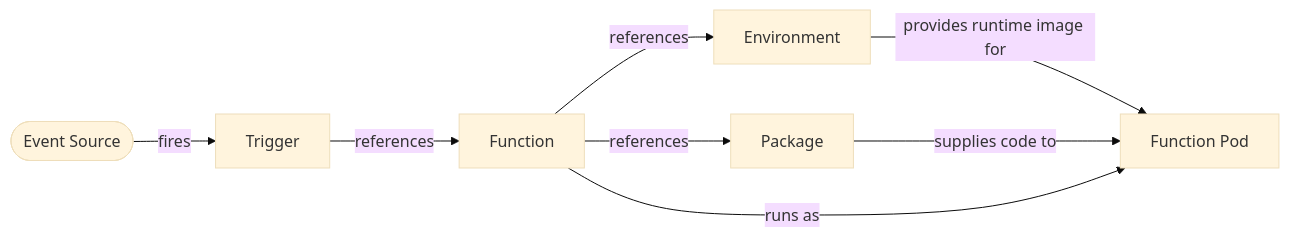
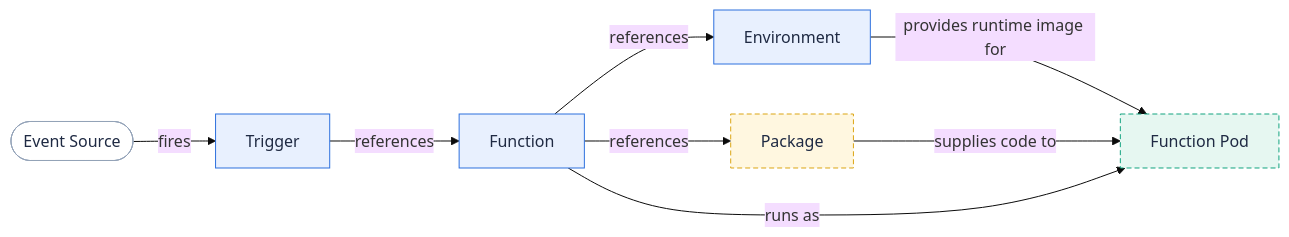
One commit to fission/fission.io changed the diagram in content/en/docs/concepts/_index.md. Above: the diagram before and after it, drawn with Mermaid (base theme). The commit also changed 30 other files, not shown here.

First line of the commit message:
Address PR feedback: zoomable diagrams, multi-color kit, centering, preview links

````diff
--- a/content/en/docs/concepts/_index.md
+++ b/content/en/docs/concepts/_index.md
@@ -28,10 +28,15 @@
 ```mermaid
 flowchart LR
-  event(["Event Source"]) -->|"fires"| trigger["Trigger"]
-  trigger -->|"references"| fn["Function"]
-  fn -->|"references"| env["Environment"]
-  fn -->|"references"| pkg["Package"]
-  env -->|"provides runtime image for"| fnPod["Function Pod"]
+  event(["Event Source"]):::user -->|"fires"| trigger["Trigger"]:::fission
+  trigger -->|"references"| fn["Function"]:::fission
+  fn -->|"references"| env["Environment"]:::fission
+  fn -->|"references"| pkg["Package"]:::store
+  env -->|"provides runtime image for"| fnPod["Function Pod"]:::pod
   pkg -->|"supplies code to"| fnPod
   fn -->|"runs as"| fnPod
+
+  classDef user fill:#ffffff,stroke:#94a3b8,color:#1f2a43
+  classDef fission fill:#e8f0fe,stroke:#2d70de,color:#1f2a43
+  classDef pod fill:#e6f7f1,stroke:#11a37f,color:#1f2a43,stroke-dasharray:5 3
+  classDef store fill:#fff7e0,stroke:#dba514,color:#1f2a43,stroke-dasharray:5 3
 ```
````
